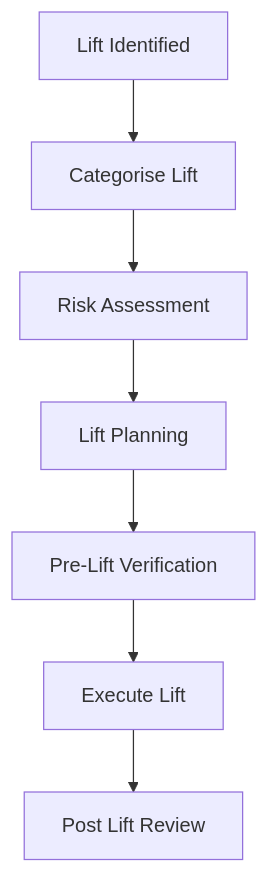
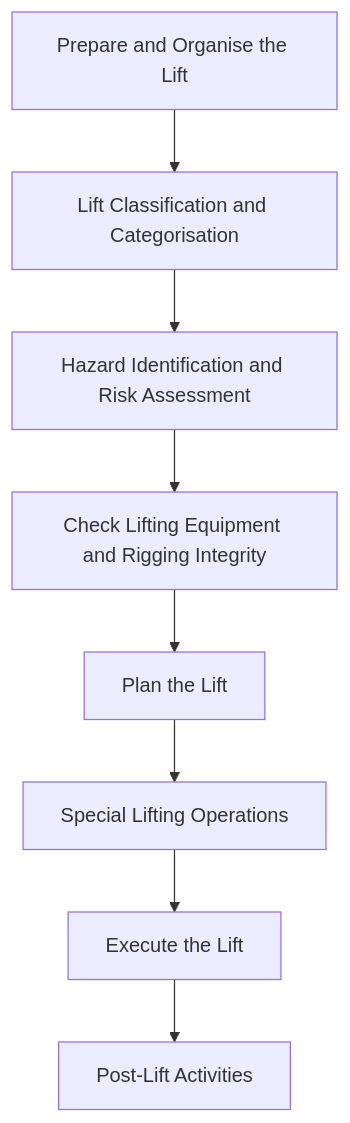
Before and after one commit to blackTieV2/MySaves: the diagram in LiftingPRO.md, drawn with Mermaid.

````diff
--- a/LiftingPRO.md
+++ b/LiftingPRO.md
@@ -2,10 +2,11 @@
 ```mermaid
 flowchart TD
 
-A[Lift Identified] --> B[Categorise Lift]
-B --> C[Risk Assessment]
-C --> D[Lift Planning]
-D --> E[Pre-Lift Verification]
-E --> F[Execute Lift]
-F --> G[Post Lift Review]
+    A[Prepare and Organise the Lift] --> B[Lift Classification and Categorisation]
+    B --> C[Hazard Identification and Risk Assessment]
+    C --> D[Check Lifting Equipment and Rigging Integrity]
+    D --> E[Plan the Lift]
+    E --> F[Special Lifting Operations]
+    F --> G[Execute the Lift]
+    G --> H[Post-Lift Activities]
 ```
````
